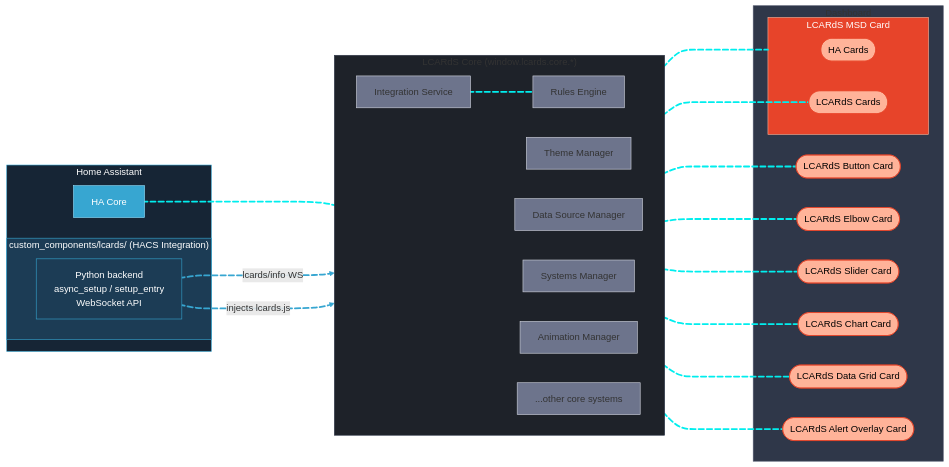
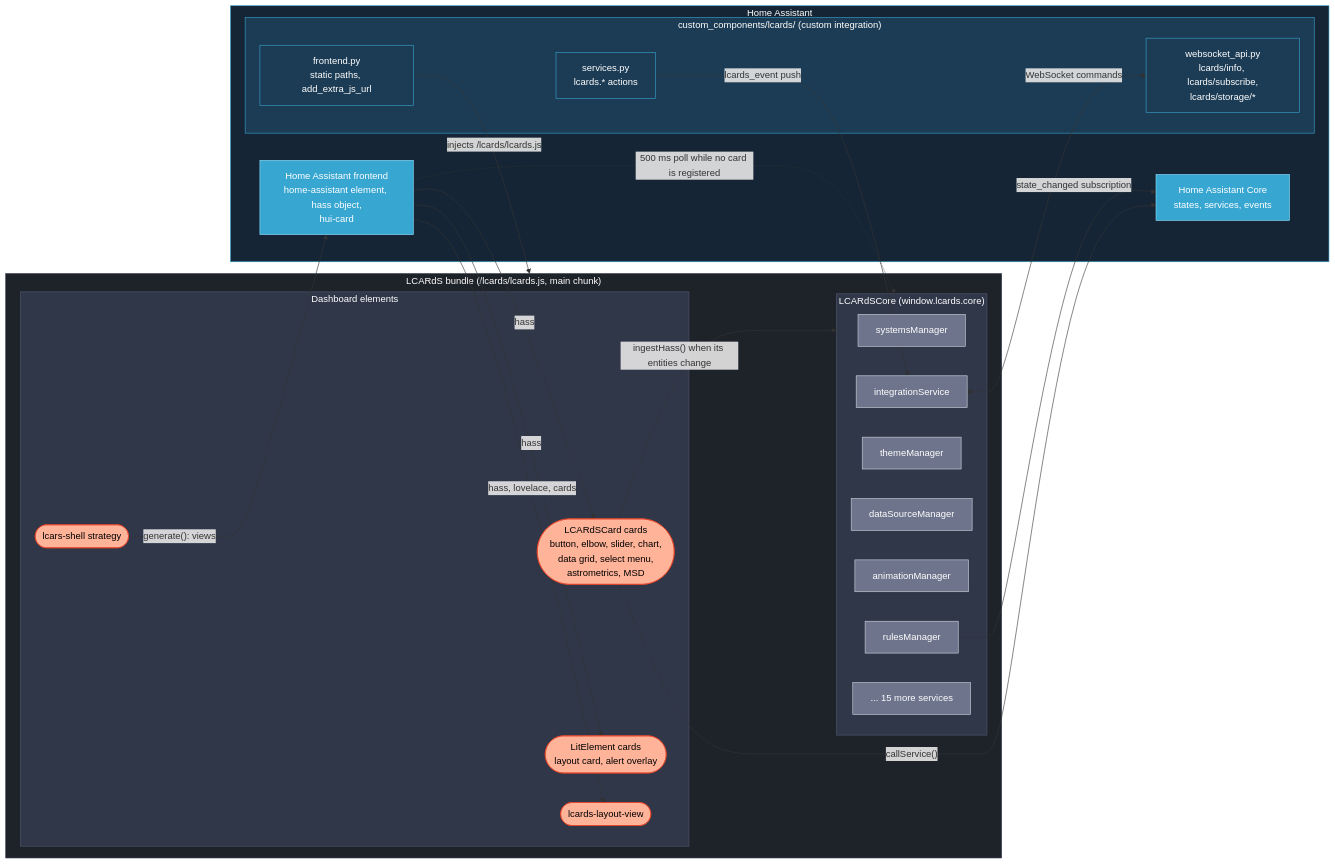
The first of 2 diagrams in doc/architecture/systems-arch.md (snootched/lcards), drawn with Mermaid before and after one commit. The commit also changed other lines of this file and 91 other files, not shown here.

````diff
--- a/doc/architecture/systems-arch.md
+++ b/doc/architecture/systems-arch.md
@@ -5,75 +9,54 @@
 ```mermaid
-graph LR
+flowchart LR
     subgraph HA["Home Assistant"]
-        HACore[HA Core]
-        subgraph Integration["custom_components/lcards/ (HACS Integration)"]
-            IntPy["Python backend\nasync_setup / setup_entry\nWebSocket API"]:::integrationStyle
+        HACore["Home Assistant Core<br/>states, services, events"]
+        subgraph Integration["custom_components/lcards/ (custom integration)"]
+            Front["frontend.py<br/>static paths, add_extra_js_url"]:::integrationStyle
+            WS["websocket_api.py<br/>lcards/info, lcards/subscribe,<br/>lcards/storage/*"]:::integrationStyle
+            Svc["services.py<br/>lcards.* actions"]:::integrationStyle
+        end
+        HAFront["Home Assistant frontend<br/>home-assistant element, hass object,<br/>hui-card"]
+    end
+
+    subgraph Browser["LCARdS bundle (/lcards/lcards.js, main chunk)"]
+        subgraph CORE["LCARdSCore (window.lcards.core)"]
+            SysMgr["systemsManager"]:::coreStyle
+            Rules["rulesManager"]:::coreStyle
+            Theme["themeManager"]:::coreStyle
+            Data["dataSourceManager"]:::coreStyle
+            Anim["animationManager"]:::coreStyle
+            IntSvc["integrationService"]:::coreStyle
+            Other["... 15 more services"]:::coreStyle
+        end
+        subgraph DASHBOARD["Dashboard elements"]
+            Cards(["LCARdSCard cards<br/>button, elbow, slider, chart,<br/>data grid, select menu,<br/>astrometrics, MSD"]):::lcardsStyle
+            Lit(["LitElement cards<br/>layout card, alert overlay"]):::lcardsStyle
+            View(["lcards-layout-view"]):::lcardsStyle
+            Strat(["lcars-shell strategy"]):::lcardsStyle
         end
     end
 
-    subgraph CORE["LCARdS Core (window.lcards.core.*)"]
-        direction LR
-        CoreIntSvc[Integration Service]:::coreStyle
-        CoreRules[Rules Engine]:::coreStyle
-        CoreThemes[Theme Manager]:::coreStyle
-        CoreData[Data Source Manager]:::coreStyle
-        CoreSystemsMgr[Systems Manager]:::coreStyle
-        CoreAnim[Animation Manager]:::coreStyle
-        CoreOther[...other core systems]:::coreStyle
-    end
-
-    subgraph DASHBOARD["Dashboard"]
-        Button([LCARdS Button Card]):::lcardsStyle
-        Elbow(["LCARdS Elbow Card"]):::lcardsStyle
-        Slider([LCARdS Slider Card]):::lcardsStyle
-        Chart([LCARdS Chart Card]):::lcardsStyle
-        Grid([LCARdS Data Grid Card]):::lcardsStyle
-        AlertOverlay([LCARdS Alert Overlay Card]):::lcardsStyle
-        subgraph MSD[LCARdS MSD Card]
-            Card1([HA Cards]):::lcardsStyle
-            MSDLCARdS([LCARdS Cards]):::lcardsStyle
-        end
-    end
-
-    IntPy 0@-..->|"injects lcards.js"| CORE
-    HACore 1@-..-CoreSystemsMgr
-    IntPy 2@-..->|"lcards/info WS"| CoreIntSvc
-    CoreIntSvc 3@-.- CoreRules
-    CORE 4@-...- Button
-    CORE 5@-.- Slider
-    CORE 6@-.- Chart
-    CORE 7@-.- Elbow
-    CORE 8@-.- Grid
-    CORE 9@-.- AlertOverlay
-    CORE 10@-.- MSD
-    CORE 11@-.- MSDLCARdS
-
-    0@{ animate: slow }
-    1@{ animate: slow }
-    2@{ animate: slow }
-    3@{ animate: slow }
-    4@{ animate: slow }
-    5@{ animate: slow }
-    6@{ animate: slow }
-    7@{ animate: slow }
-    8@{ animate: slow }
-    9@{ animate: slow }
-    10@{ animate: slow }
-    11@{ animate: slow }
-
-    linkStyle 0,2 stroke:#37a6d1,stroke-width:3px
-    linkStyle 1,3,4,5,6,7,8,9,10,11 stroke:#00eeee,stroke-width:3px
+    Front -->|"injects /lcards/lcards.js"| Browser
+    HAFront -->|"hass"| Cards
+    HAFront -->|"hass"| Lit
+    HAFront -->|"hass, lovelace, cards"| View
+    Strat -->|"generate(): views"| HAFront
+    Cards -->|"ingestHass() when its entities change"| CORE
+    HAFront -.->|"500 ms poll while no card is registered"| CORE
+    Rules -->|"state_changed subscription"| HACore
+    Cards -->|"callService()"| HACore
+    IntSvc <-->|"WebSocket commands"| WS
+    Svc -->|"lcards_event push"| IntSvc
 
     classDef lcardsStyle fill:#ffb399,stroke:#e7442a,color:#000
-    classDef coreStyle fill:#6d748c,stroke:#d2d5df
+    classDef coreStyle fill:#6d748c,stroke:#d2d5df,color:#fff
     classDef integrationStyle fill:#1c3c55,stroke:#37a6d1,color:#fff
 
     style HA fill:#162535,stroke:#37a6d1,color:#fff
     style Integration fill:#1c3c55,stroke:#37a6d1,color:#fff
     style HACore fill:#37a6d1,stroke:#93e1ff,color:#fff
-
-    style CORE fill:#1e2229,stroke:#2f3749
-
-    style DASHBOARD fill:#2f3749,stroke:#52596e
-    style MSD fill:#e7442a,stroke:#ffb399,color:#fff
+    style HAFront fill:#37a6d1,stroke:#93e1ff,color:#fff
+    style Browser fill:#1e2229,stroke:#2f3749,color:#fff
+    style CORE fill:#2f3749,stroke:#52596e,color:#fff
+    style DASHBOARD fill:#2f3749,stroke:#52596e,color:#fff
 ```
````
